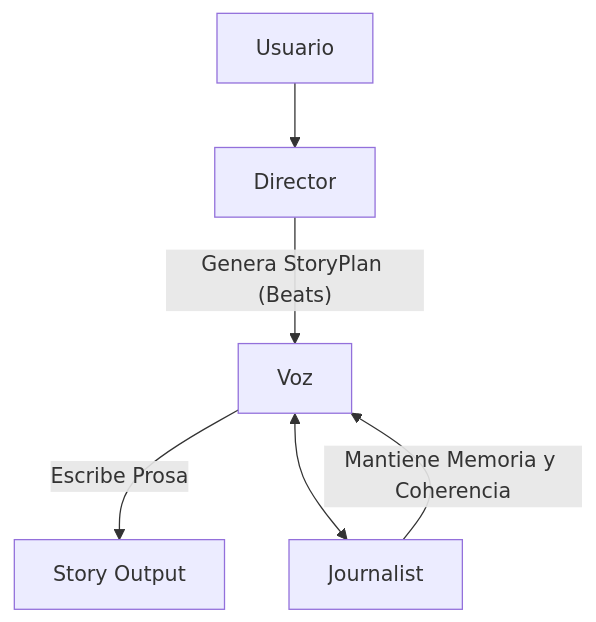
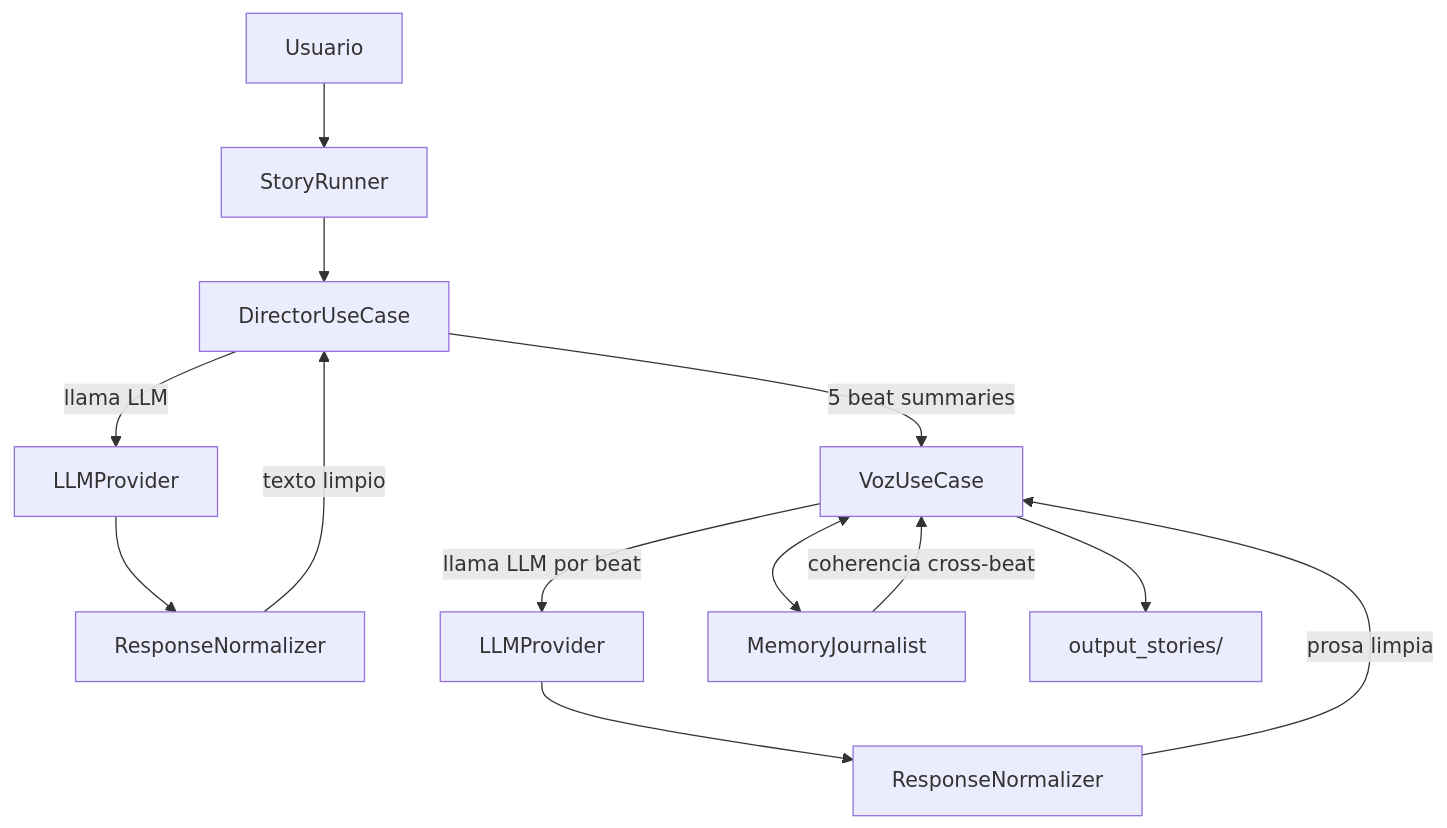
The first of 2 diagrams in specs/001_marco_sdd.md (rledesma912/automated_narrative), drawn with Mermaid before and after one commit. The commit also changed other lines of this file and 40 other files, not shown here.

````diff
--- a/specs/001_marco_sdd.md
+++ b/specs/001_marco_sdd.md
@@ -9,8 +9,15 @@
 ```mermaid
 graph TD
-    A[Usuario] --> B[Director]
-    B -- "Genera StoryPlan (Beats)" --> C[Voz]
-    C -- "Escribe Prosa" --> D[Story Output]
-    C <--> E[Journalist]
-    E -- "Mantiene Memoria y Coherencia" --> C
+    A[Usuario] --> B[StoryRunner]
+    B --> DIR[DirectorUseCase]
+    DIR -- "llama LLM" --> LLM1[LLMProvider]
+    LLM1 --> N1[ResponseNormalizer]
+    N1 -- "texto limpio" --> DIR
+    DIR -- "5 beat summaries" --> VOZ[VozUseCase]
+    VOZ -- "llama LLM por beat" --> LLM2[LLMProvider]
+    LLM2 --> N2[ResponseNormalizer]
+    N2 -- "prosa limpia" --> VOZ
+    VOZ <--> JRN[MemoryJournalist]
+    JRN -- "coherencia cross-beat" --> VOZ
+    VOZ --> OUT[output_stories/]
 ```
````
